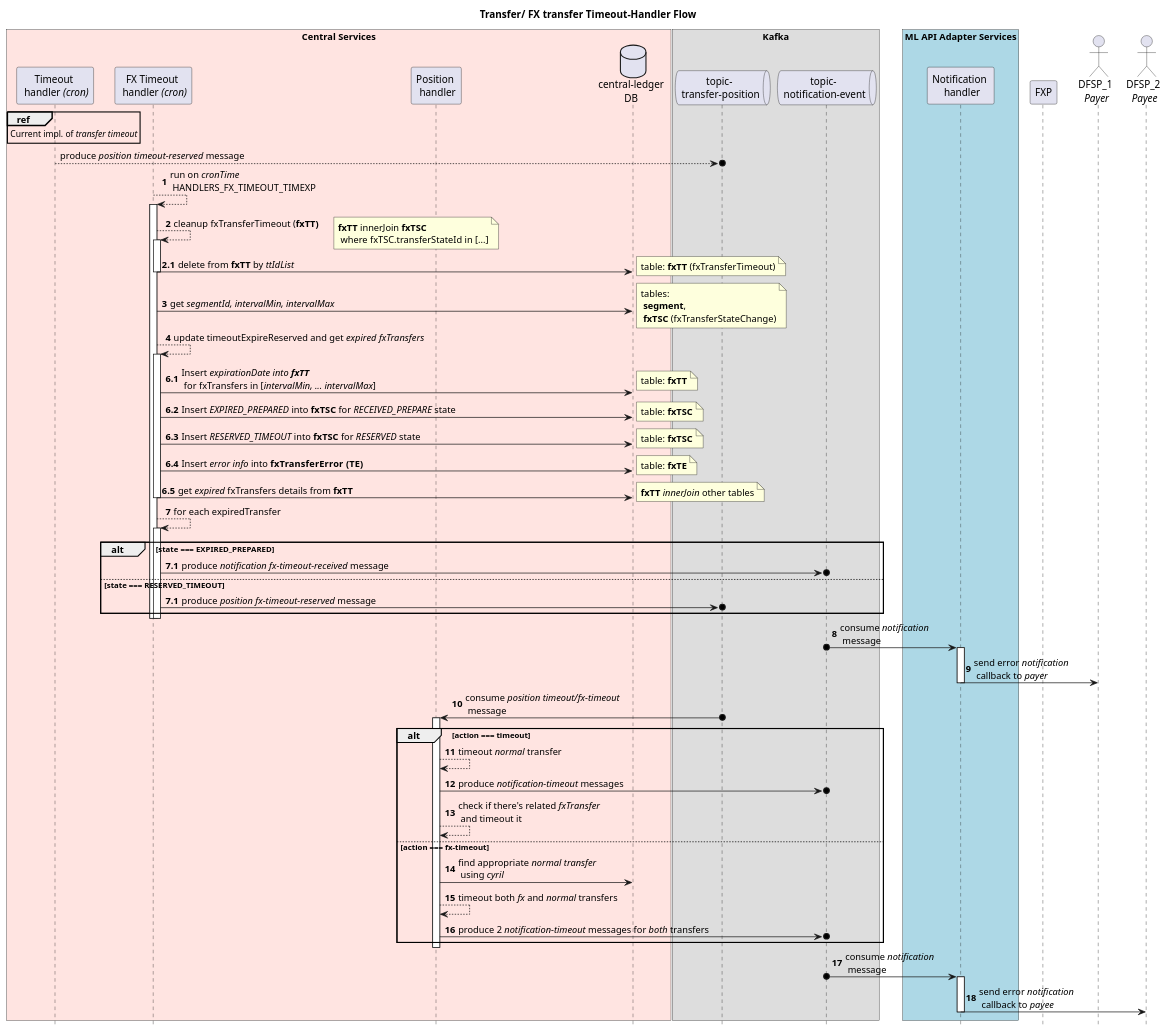
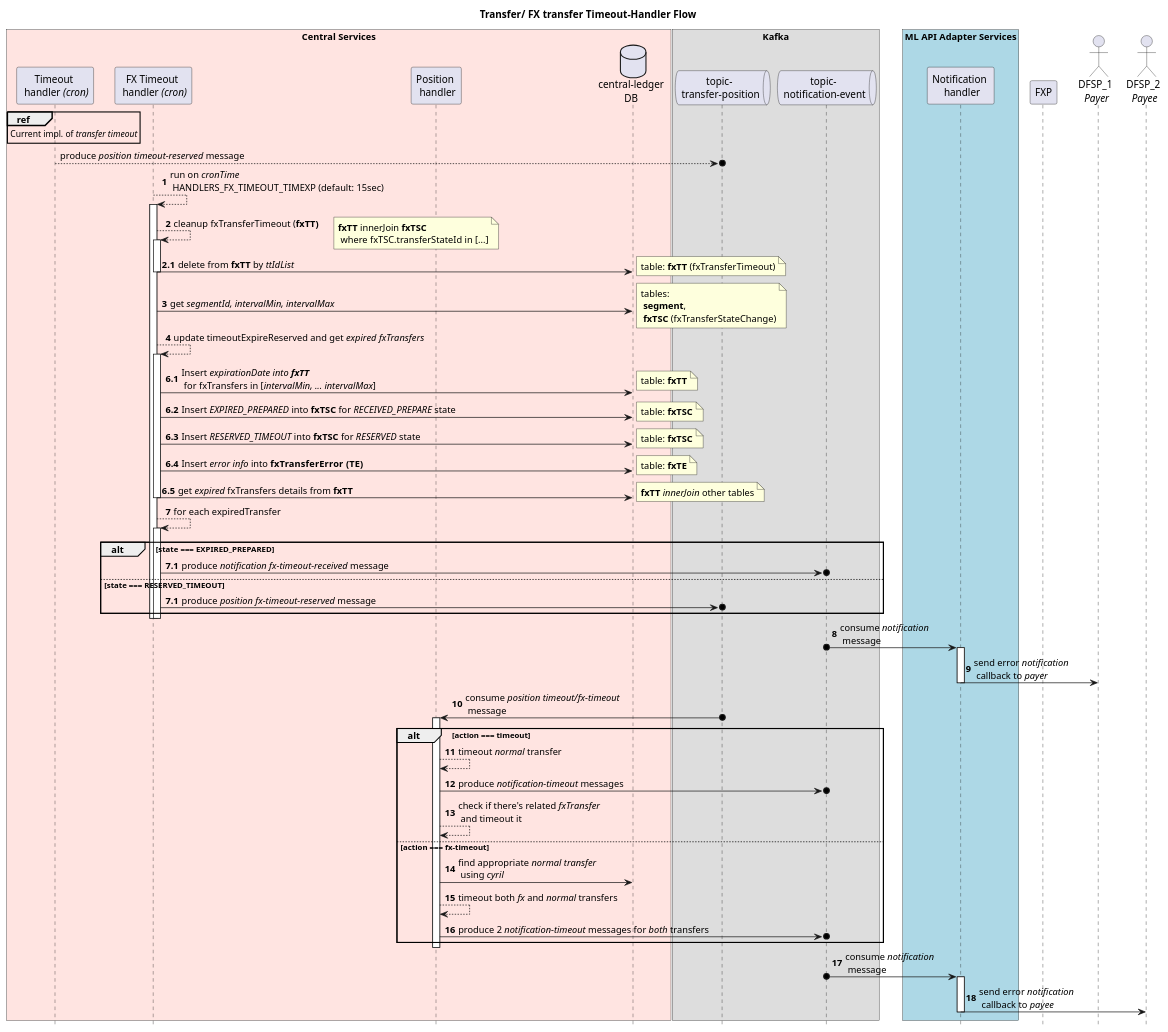
One commit to mojaloop/central-ledger changed the diagram in documentation/sequence-diagrams/Handler - FX timeout.plantuml. Above: the diagram before and after it, drawn with PlantUML. The commit also changed 6 other files, not shown here.

Commit message:
feat(mojaloop/#3818): added transfer state diagrams

```diff
--- a/documentation/sequence-diagrams/Handler - FX timeout.plantuml
+++ b/documentation/sequence-diagrams/Handler - FX timeout.plantuml
@@ -1,96 +1,96 @@
 @startuml
 title Transfer/ FX transfer Timeout-Handler Flow
 
 autonumber
 hide footbox
 skinparam ParticipantPadding 10
 
 box "Central Services" #MistyRose
 participant "Timeout \n handler <i>(cron)</i>"      as toh
 participant "FX Timeout \n handler <i>(cron)</i>"   as fxToh
 participant "Position \n handler"                   as ph
 database    "central-ledger\nDB"                    as clDb
 end box
 box Kafka
 queue       "topic-\n transfer-position"            as topicTP
 queue       "topic-\n notification-event"           as topicNE
 end box
 box "ML API Adapter Services" #LightBlue
 participant "Notification \n handler"               as nh
 end box
 participant "FXP"                                   as fxp
 actor       "DFSP_1 \n<i>Payer</i>"                 as payer
 actor       "DFSP_2 \n<i>Payee</i>"                 as payee
 
 ref over toh : Current impl. of <i>transfer timeout</i>
 autonumber stop
 toh -->o topicTP : produce <i>position timeout-reserved</i> message
 
 autonumber 1
-fxToh --> fxToh : run on <i>cronTime</i>\n HANDLERS_FX_TIMEOUT_TIMEXP
+fxToh --> fxToh : run on <i>cronTime</i>\n HANDLERS_FX_TIMEOUT_TIMEXP (default: 15sec)
 activate fxToh
 fxToh --> fxToh : cleanup fxTransferTimeout (<b>fxTT<b>)
 note right : <b>fxTT</b> innerJoin <b>fxTSC</b>\n where fxTSC.transferStateId in [...]
 activate fxToh
 autonumber 2.1
 fxToh -> clDb : delete from <b>fxTT</b> by <i>ttIdList</i>
 note right :  table: <b>fxTT</b> (fxTransferTimeout)
 deactivate fxToh
 
 autonumber 3
 fxToh -> clDb : get <i>segmentId, intervalMin, intervalMax</i>
 note right : tables:\n <b>segment</b>,\n <b>fxTSC</b> (fxTransferStateChange)
 
 fxToh --> fxToh : update timeoutExpireReserved and get <i>expired fxTransfers</i>
 activate fxToh
 autonumber 6.1
 fxToh -> clDb : Insert <i>expirationDate<i> into <b>fxTT</b>\n for fxTransfers in [<i>intervalMin, ... intervalMax</i>]
 note right : table: <b>fxTT</b>
 fxToh -> clDb : Insert <i>EXPIRED_PREPARED</i> into <b>fxTSC</b> for <i>RECEIVED_PREPARE</i> state
 note right : table: <b>fxTSC</b>
 fxToh -> clDb : Insert <i>RESERVED_TIMEOUT</i> into <b>fxTSC</b> for <i>RESERVED</i> state
 note right : table: <b>fxTSC</b>
 fxToh -> clDb : Insert <i>error info</i> into <b>fxTransferError  (TE)</b>
 note right : table: <b>fxTE</b>
 fxToh -> clDb : get <i>expired</i> fxTransfers details from <b>fxTT</b>
 note right : <b>fxTT</b> <i>innerJoin</i> other tables
 deactivate fxToh
 
 autonumber 7
 fxToh --> fxToh : for each expiredTransfer
 activate fxToh
 alt state === EXPIRED_PREPARED
 autonumber 7.1
 fxToh ->o topicNE : produce <i>notification fx-timeout-received</i> message
 else state === RESERVED_TIMEOUT
 autonumber 7.1
 fxToh ->o topicTP : produce <i>position fx-timeout-reserved</i> message
 end
 deactivate fxToh
 deactivate fxToh
 
 autonumber 8
 topicNE o-> nh : consume <i>notification</i>\n message
 activate nh
 nh -> payer : send error <i>notification</i>\n callback to <i>payer</i>
 deactivate nh
 
 topicTP o-> ph : consume <i>position timeout/fx-timeout</i>\n message
 activate ph
 alt action === timeout
 ph --> ph : timeout <i>normal</i> transfer
 ph ->o topicNE : produce <i>notification-timeout</i> messages
 ph --> ph : check if there's related <i>fxTransfer</i> \n and timeout it
 else action === fx-timeout
 ph -> clDb : find appropriate <i>normal transfer</i> \n using <i>cyril</i>
 ph --> ph: timeout both <i>fx</i> and <i>normal</i> transfers
 ph ->o topicNE : produce 2 <i>notification-timeout</i> messages for <i>both</i> transfers
 end
 deactivate ph
 
 topicNE o-> nh : consume <i>notification</i>\n message
 activate nh
 nh -> payee : send error <i>notification</i>\n callback to <i>payee</i>
 deactivate nh
 
 @enduml
```
